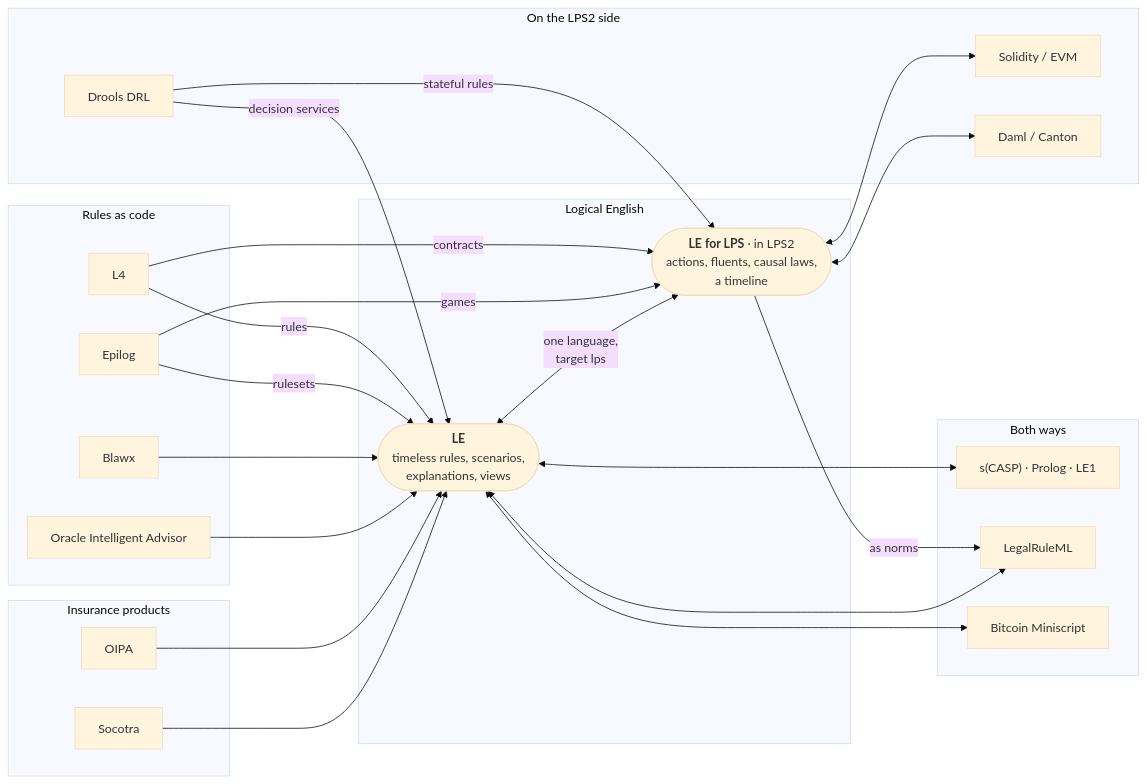
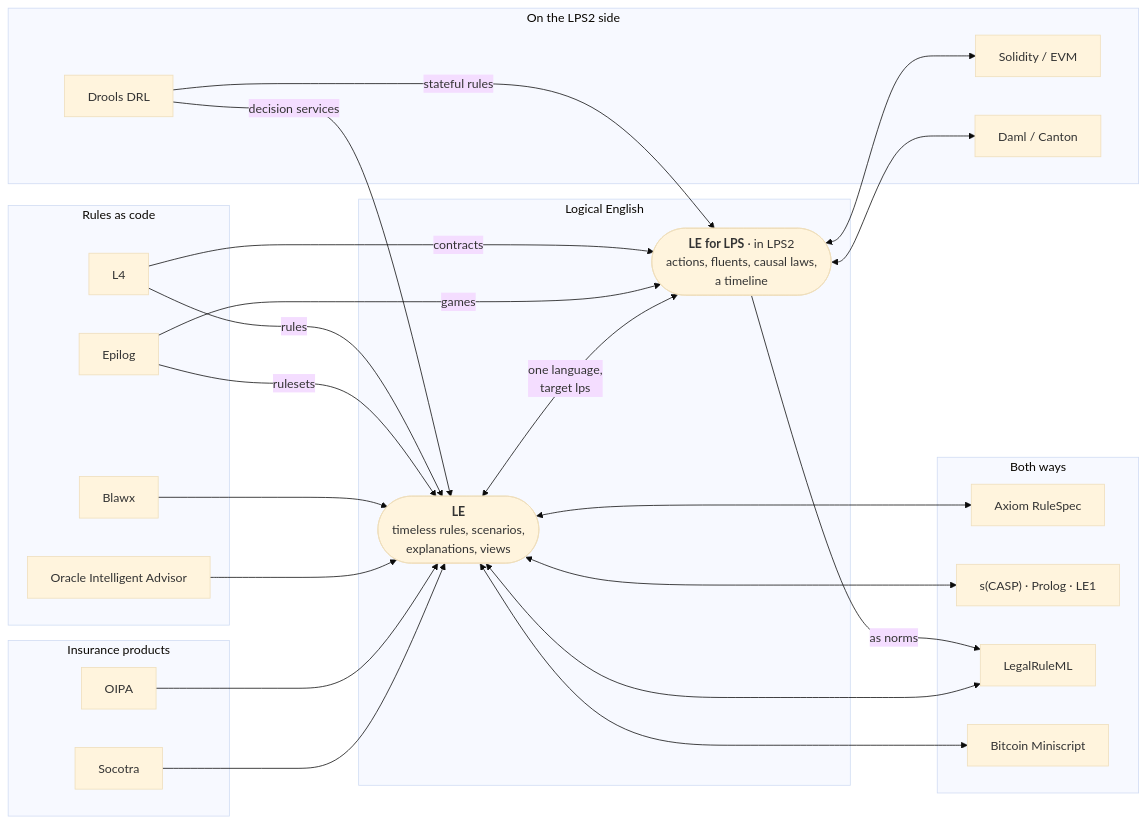
The diagram in docs/user/integrations/index.md (LogicalContractsOrg/LogicalEnglish2), drawn with Mermaid (base theme) before and after one commit. The commit also changed other lines of this file and 250 other files, not shown here.

First line of the commit message:
Phase 3a: Axiom RuleSpec twins (39), lib/rounding, number display and floor on float noise, includes with .le

````diff
--- a/docs/user/integrations/index.md
+++ b/docs/user/integrations/index.md
@@ -43,65 +43,68 @@
 ```mermaid
 flowchart LR
   subgraph ins["Insurance products"]
     SO["Socotra"]
     OP["OIPA"]
   end
 
   subgraph rac["Rules as code"]
     OIA["Oracle Intelligent Advisor"]
     BX["Blawx"]
     EP["Epilog"]
     L4["L4"]
   end
 
   subgraph core["Logical English"]
     LE(["<b>LE</b><br/>timeless rules, scenarios,<br/>explanations, views"])
     LPS(["<b>LE for LPS</b> · in LPS2<br/>actions, fluents, causal laws,<br/>a timeline"])
     LE <-- "one language,<br/>target lps" --> LPS
   end
 
   subgraph both["Both ways"]
+    RS["Axiom RuleSpec"]
     SC["s(CASP) · Prolog · LE1"]
     LR["LegalRuleML"]
     MS["Bitcoin Miniscript"]
   end
 
   subgraph lpsside["On the LPS2 side"]
     DR["Drools DRL"]
     SOL["Solidity / EVM"]
     DA["Daml / Canton"]
   end
 
   SO --> LE
   OP --> LE
   OIA --> LE
   BX --> LE
   EP -- "rulesets" --> LE
   EP -- "games" --> LPS
   L4 -- "rules" --> LE
   L4 -- "contracts" --> LPS
   DR -- "decision services" --> LE
   DR -- "stateful rules" --> LPS
 
+  LE <--> RS
   LE <--> SC
   LE <--> LR
   LE <--> MS
   LPS <--> SOL
   LPS -- "as norms" --> LR
   LPS <--> DA
 
   click SO "socotra" "Socotra and Logical English"
   click OP "oipa" "OIPA and Logical English"
   click OIA "oia" "Oracle Intelligent Advisor and Logical English"
   click BX "blawx" "Blawx and Logical English"
   click EP "epilog" "Epilog and Logical English"
   click L4 "l4" "L4 and Logical English"
+  click RS "rulespec" "Axiom RuleSpec and Logical English"
   click SC "scasp" "s(CASP), Prolog and LE1"
   click LR "legalruleml" "LegalRuleML and Logical English"
   click MS "miniscript" "Bitcoin Miniscript and Logical English"
   click LE "../reference/language" "The Logical English reference"
   click LPS "https://lps2.logicalcontracts.com/docs/user/integrations/index" "LPS2: other systems"
   click DR "https://lps2.logicalcontracts.com/docs/user/integrations/drools" "Drools and LPS (LPS2 documentation)"
   click SOL "https://lps2.logicalcontracts.com/docs/user/integrations/solidity" "Solidity and LPS (LPS2 documentation)"
   click DA "https://lps2.logicalcontracts.com/docs/user/integrations/daml" "Daml and LPS (LPS2 documentation)"
 ```
````
